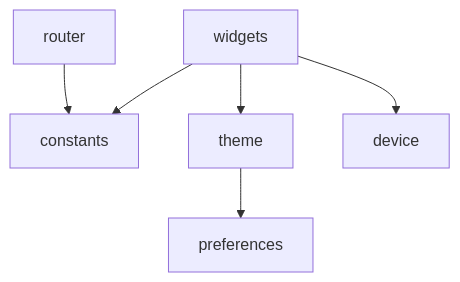
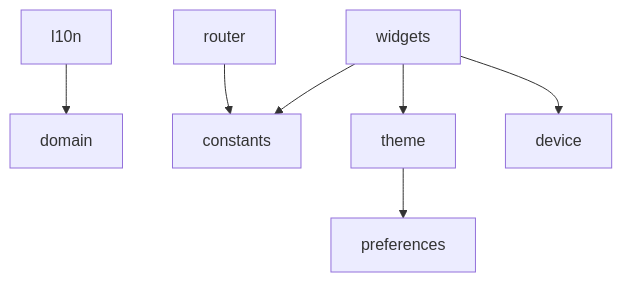
One commit to repinw/yamt changed the diagram in lib/core/DEPS.md. Above: the diagram before and after it, drawn with Mermaid. The commit also changed 255 other files, not shown here.

````diff
--- a/lib/core/DEPS.md
+++ b/lib/core/DEPS.md
@@ -6,8 +6,9 @@
 ```mermaid
 flowchart TD;
+l10n-->domain;
 router-->constants;
 theme-->preferences;
 widgets-->constants;
 widgets-->device;
 widgets-->theme;
 ```
````
